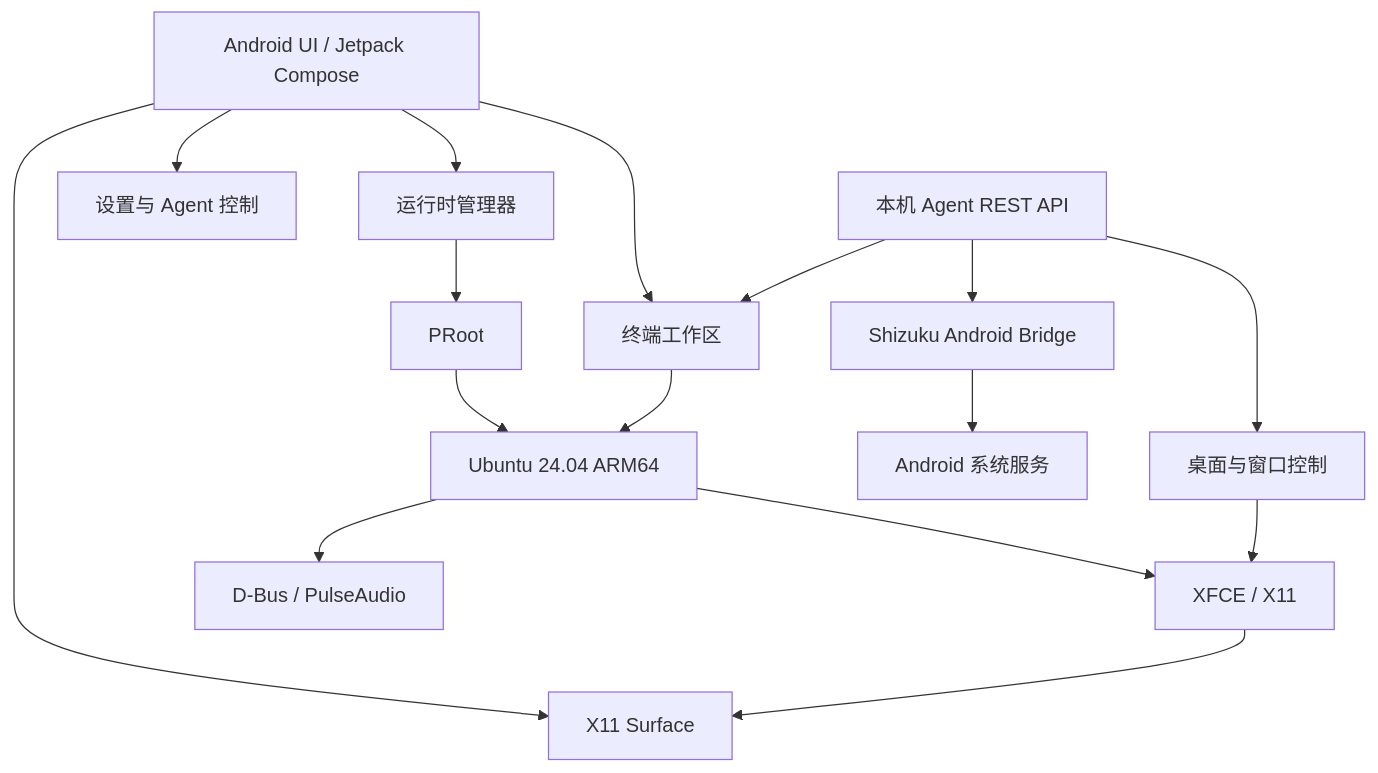
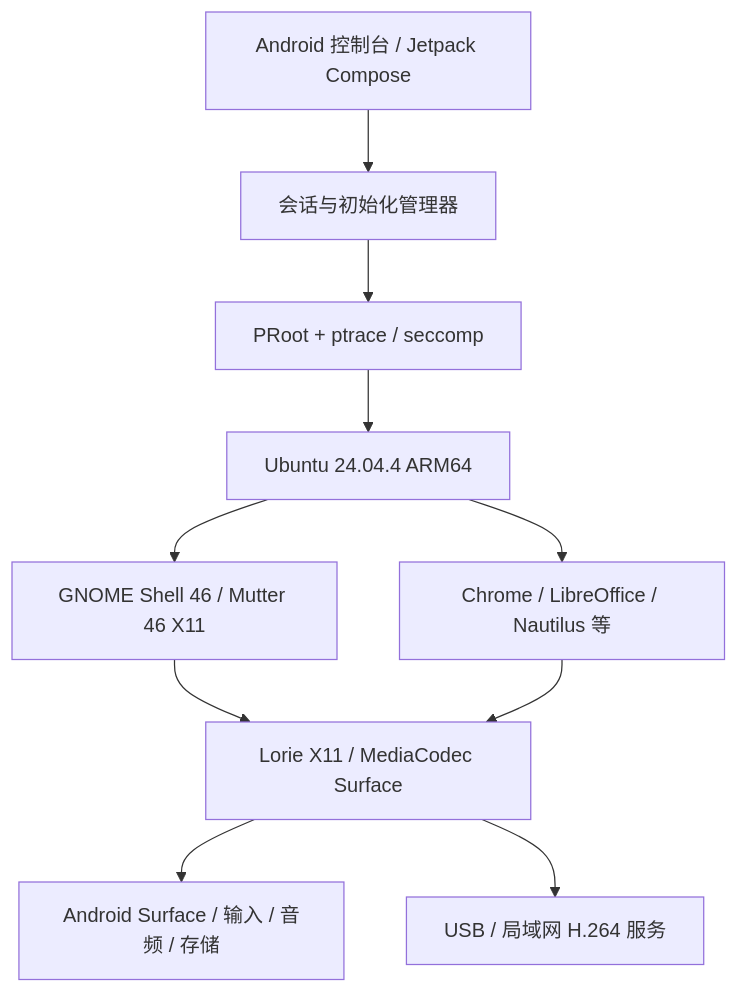
One commit to xishanp/Linuxhub changed the first of 2 diagrams in ARCHITECTURE.md. Above: the diagram before and after it, drawn with Mermaid. The commit also changed other lines of this file and 9 other files, not shown here.

````diff
--- a/ARCHITECTURE.md
+++ b/ARCHITECTURE.md
@@ -11,21 +11,22 @@
 ```mermaid
 flowchart TB
-    UI[Android UI / Jetpack Compose] --> Terminal[终端工作区]
-    UI --> Surface[X11 Surface]
-    UI --> Runtime[运行时管理器]
-    UI --> Settings[设置与 Agent 控制]
+    UI[Android 控制台 / Jetpack Compose]
+    Runtime[会话与初始化管理器]
+    PRoot[PRoot + ptrace / seccomp]
+    Ubuntu[Ubuntu 24.04.4 ARM64]
+    GNOME[GNOME Shell 46 / Mutter 46 X11]
+    Apps[Chrome / LibreOffice / Nautilus 等]
+    Lorie[Lorie X11 / MediaCodec Surface]
+    Remote[USB / 局域网 H.264 服务]
+    Android[Android Surface / 输入 / 音频 / 存储]
 
-    Runtime --> PRoot[PRoot]
-    PRoot --> Ubuntu[Ubuntu 24.04 ARM64]
-    Ubuntu --> XFCE[XFCE / X11]
-    Ubuntu --> Services[D-Bus / PulseAudio]
-
-    XFCE --> Surface
-    Terminal --> Ubuntu
-
-    Agent[本机 Agent REST API] --> Terminal
-    Agent --> Desktop[桌面与窗口控制]
-    Agent --> AndroidBridge[Shizuku Android Bridge]
-    Desktop --> XFCE
-    AndroidBridge --> Android[Android 系统服务]
+    UI --> Runtime
+    Runtime --> PRoot
+    PRoot --> Ubuntu
+    Ubuntu --> GNOME
+    Ubuntu --> Apps
+    GNOME --> Lorie
+    Apps --> Lorie
+    Lorie --> Android
+    Lorie --> Remote
 ```
````
